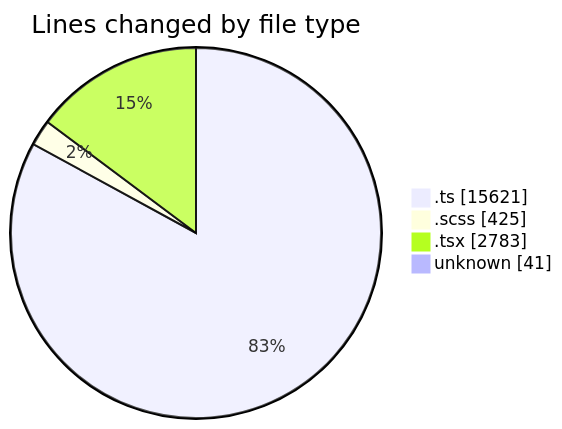
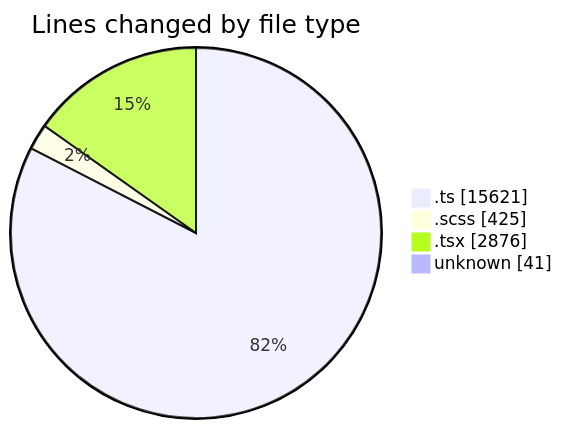
Before and after one commit to momahboobian/code-tracking: the first of 2 diagrams in 2025-08-27/cda/README.md, drawn with Mermaid. The commit also changed other lines of this file and 1 other file, not shown here.

````diff
--- a/2025-08-27/cda/README.md
+++ b/2025-08-27/cda/README.md
@@ -37,8 +37,8 @@
 ```mermaid
 pie showData
 title Lines changed by file type
 ".ts" : 15621
 ".scss" : 425
-".tsx" : 2783
+".tsx" : 2876
 "unknown" : 41
 ```
````
